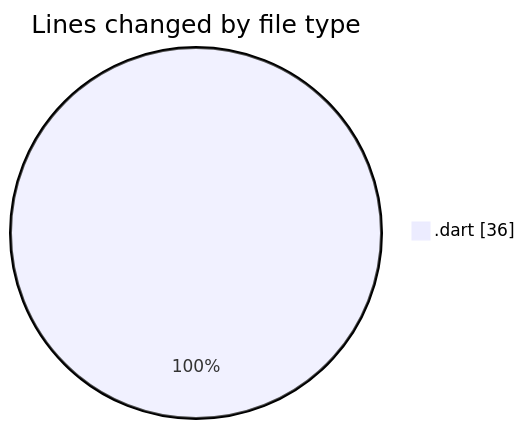
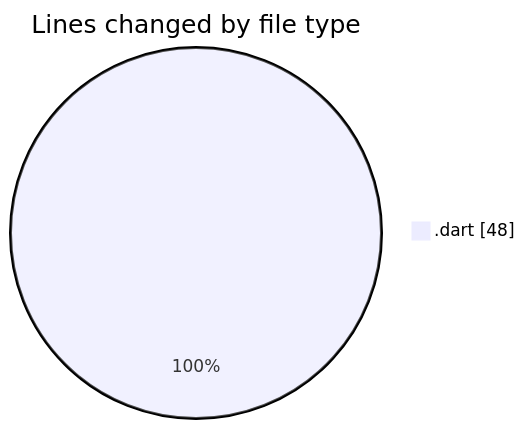
Before and after one commit to donsfak/code-tracking: the first of 2 diagrams in 2025-01-13/trackers_app/README.md, drawn with Mermaid. The commit also changed other lines of this file and 1 other file, not shown here.

````diff
--- a/2025-01-13/trackers_app/README.md
+++ b/2025-01-13/trackers_app/README.md
@@ -21,5 +21,5 @@
 ```mermaid
 pie showData
 title Lines changed by file type
-".dart" : 36
+".dart" : 48
 ```
````
